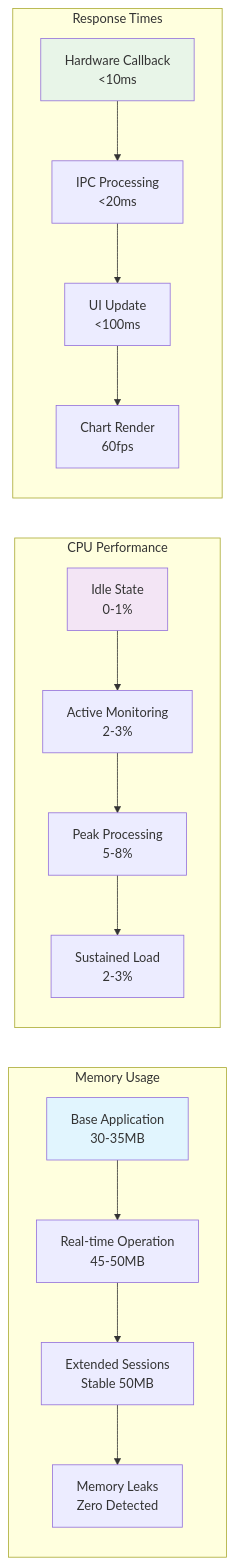
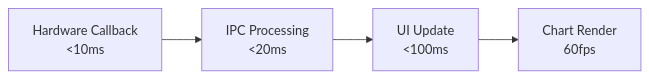
One commit to Interlaken0/temperature-plotter changed the second of 2 diagrams in evidence/PERFORMANCE-METRICS.md. Above: the diagram before and after it, drawn with Mermaid. The commit also changed other lines of this file and 5 other files, not shown here.

````diff
--- a/evidence/PERFORMANCE-METRICS.md
+++ b/evidence/PERFORMANCE-METRICS.md
@@ -209,24 +58,6 @@
 ```mermaid
 graph LR
-    subgraph "Memory Usage"
-        A[Base Application<br/>30-35MB] --> B[Real-time Operation<br/>45-50MB]
-        B --> C[Extended Sessions<br/>Stable 50MB]
-        C --> D[Memory Leaks<br/>Zero Detected]
-    end
-    
-    subgraph "CPU Performance"
-        E[Idle State<br/>0-1%] --> F[Active Monitoring<br/>2-3%]
-        F --> G[Peak Processing<br/>5-8%]
-        G --> H[Sustained Load<br/>2-3%]
-    end
-    
-    subgraph "Response Times"
-        I[Hardware Callback<br/><10ms] --> J[IPC Processing<br/><20ms]
-        J --> K[UI Update<br/><100ms]
-        K --> L[Chart Render<br/>60fps]
-    end
-    
-    style A fill:#e1f5fe
-    style E fill:#f3e5f5
-    style I fill:#e8f5e8
+    A[Hardware Callback<br/><10ms] --> B[IPC Processing<br/><20ms]
+    B --> C[UI Update<br/><100ms]
+    C --> D[Chart Render<br/>60fps]
 ```
````
